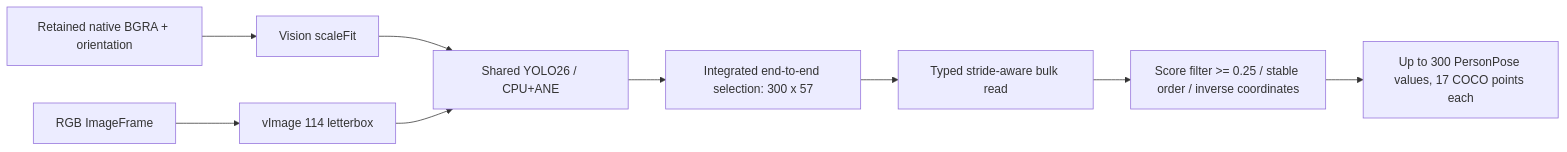
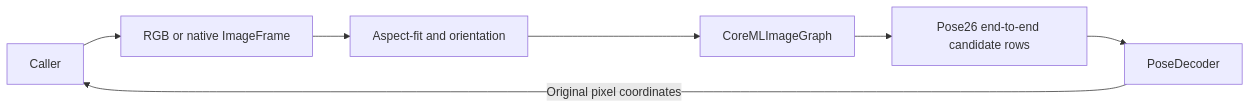
Before and after one commit to devilyouwei/MobileHarness: the diagram in MobileHarness/ModelKit/Vision/YOLO/README.md, drawn with Mermaid. The commit also changed other lines of this file and 116 other files, not shown here.

````diff
--- a/MobileHarness/ModelKit/Vision/YOLO/README.md
+++ b/MobileHarness/ModelKit/Vision/YOLO/README.md
@@ -13,11 +15,9 @@
 ```mermaid
 flowchart LR
-    Native[Retained native BGRA + orientation] --> Vision[Vision scaleFit]
-    RGB[RGB ImageFrame] --> Custom[vImage 114 letterbox]
-    Vision --> Model[Shared YOLO26 / CPU+ANE]
-    Custom --> Model
-    Model --> Head[Integrated end-to-end selection: 300 x 57]
-    Head --> Read[Typed stride-aware bulk read]
-    Read --> Decode[Score filter >= 0.25 / stable order / inverse coordinates]
-    Decode --> Result[Up to 300 PersonPose values, 17 COCO points each]
+ Caller --> Input[RGB or native ImageFrame]
+ Input --> Layout[Aspect-fit and orientation]
+ Layout --> Graph[CoreMLImageGraph]
+ Graph --> Rows[Pose26 end-to-end candidate rows]
+ Rows --> Decoder[PoseDecoder]
+ Decoder -->|Original pixel coordinates| Caller
 ```
````
